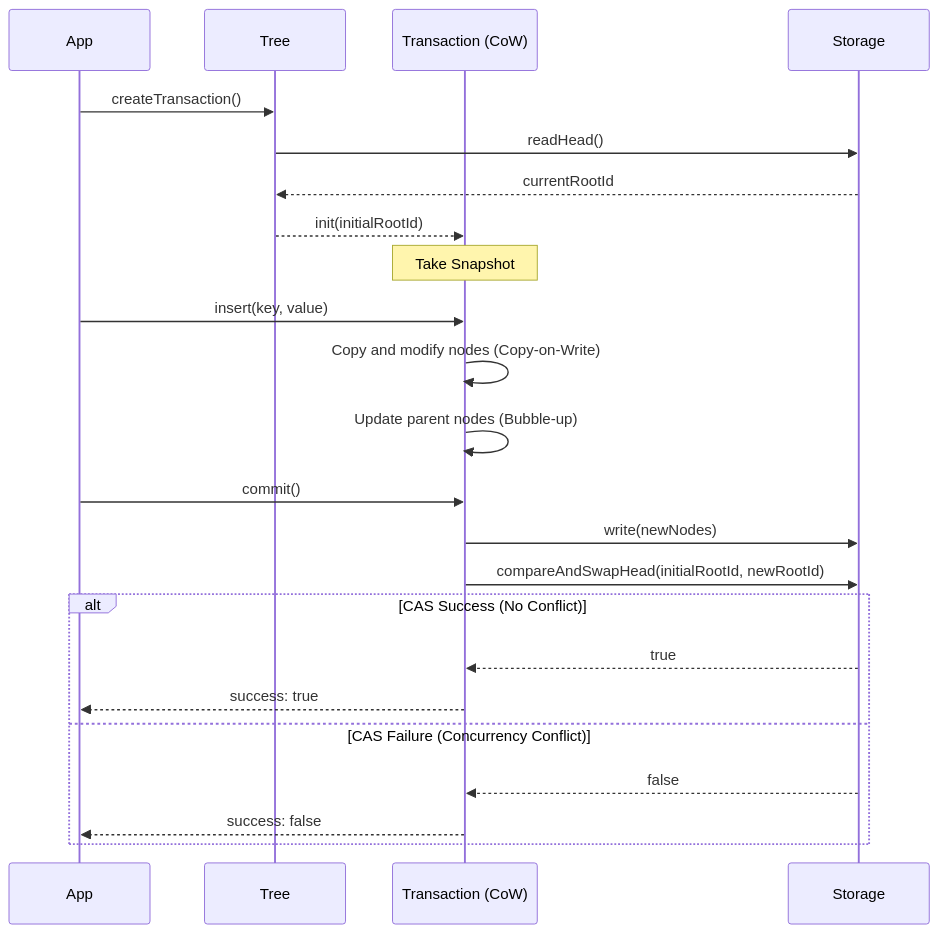
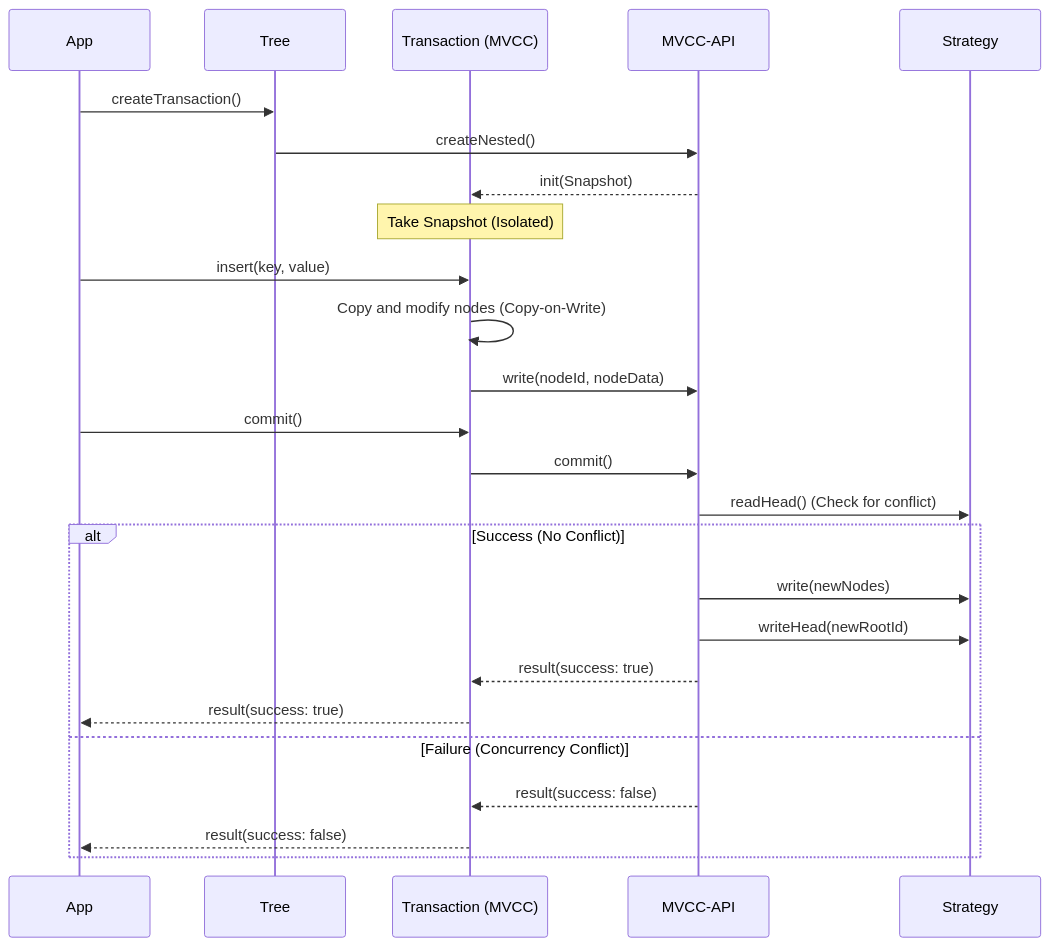
Before and after one commit to izure1/serializable-bptree: the diagram in docs/TRANSACTION.md, drawn with Mermaid. The commit also changed other lines of this file and 4 other files, not shown here.

````diff
--- a/docs/TRANSACTION.md
+++ b/docs/TRANSACTION.md
@@ -13,30 +13,32 @@
 ```mermaid
 sequenceDiagram
     participant App
     participant Tree
-    participant TX as Transaction (CoW)
-    participant Storage
+    participant TX as Transaction (MVCC)
+    participant MVCC as MVCC-API
+    participant Storage as Strategy
 
     App->>Tree: createTransaction()
-    Tree->>Storage: readHead()
-    Storage-->>Tree: currentRootId
-    Tree-->>TX: init(initialRootId)
+    Tree->>MVCC: createNested()
+    MVCC-->>TX: init(Snapshot)
     
-    Note over TX: Take Snapshot
+    Note over TX: Take Snapshot (Isolated)
     
     App->>TX: insert(key, value)
     TX->>TX: Copy and modify nodes (Copy-on-Write)
-    TX->>TX: Update parent nodes (Bubble-up)
+    TX->>MVCC: write(nodeId, nodeData)
     
     App->>TX: commit()
-    TX->>Storage: write(newNodes)
-    TX->>Storage: compareAndSwapHead(initialRootId, newRootId)
+    TX->>MVCC: commit()
+    MVCC->>Storage: readHead() (Check for conflict)
     
-    alt CAS Success (No Conflict)
-        Storage-->>TX: true
-        TX-->>App: success: true
-    else CAS Failure (Concurrency Conflict)
-        Storage-->>TX: false
-        TX-->>App: success: false
+    alt Success (No Conflict)
+        MVCC->>Storage: write(newNodes)
+        MVCC->>Storage: writeHead(newRootId)
+        MVCC-->>TX: result(success: true)
+        TX-->>App: result(success: true)
+    else Failure (Concurrency Conflict)
+        MVCC-->>TX: result(success: false)
+        TX-->>App: result(success: false)
     end
 ```
````
